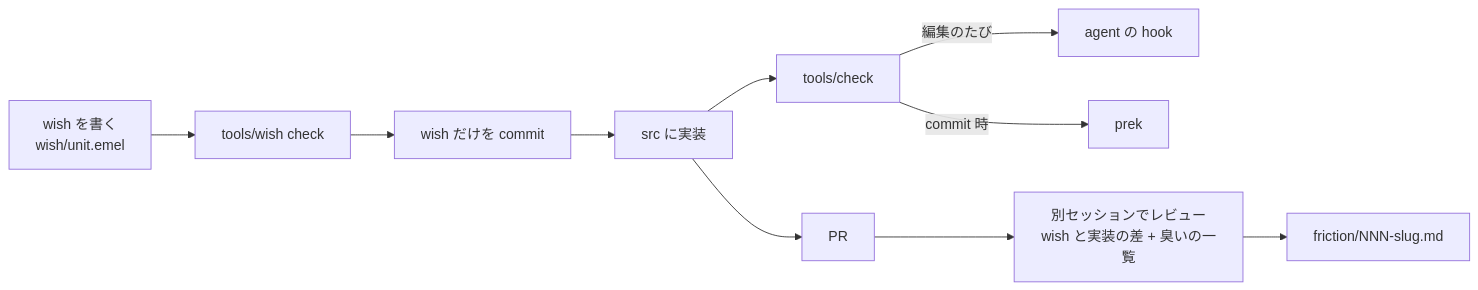
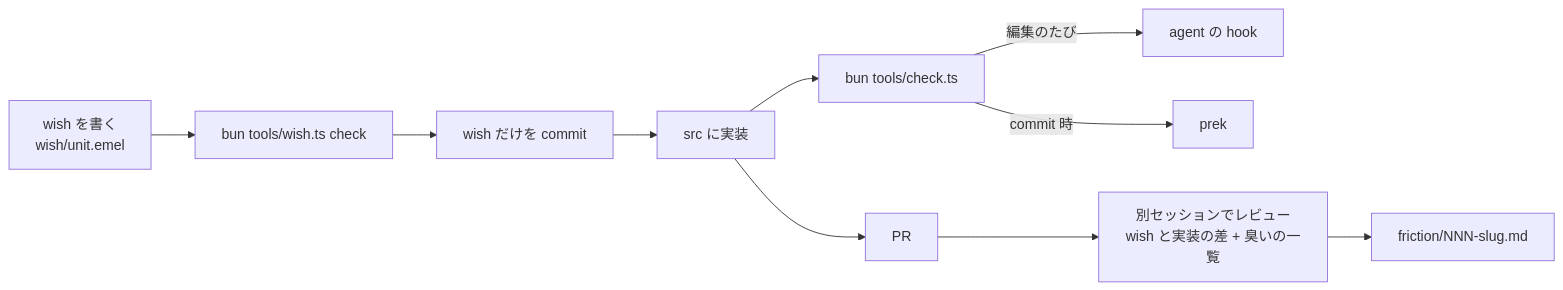
Before and after one commit to kisepichu/kbdcast: the fourth of 4 diagrams in docs/superpowers/specs/2026-11-23-kbdcast-design.md, drawn with Mermaid. The commit also changed other lines of this file and 1 other file, not shown here.

````diff
--- a/docs/superpowers/specs/2026-11-23-kbdcast-design.md
+++ b/docs/superpowers/specs/2026-11-23-kbdcast-design.md
@@ -310,9 +310,9 @@
 ```mermaid
 flowchart LR
-  w[wish を書く<br/>wish/unit.emel] --> wc[tools/wish check] --> c1[wish だけを commit]
-  c1 --> impl[src に実装] --> chk[tools/check]
+  w[wish を書く<br/>wish/unit.emel] --> wc[bun tools/wish.ts check] --> c1[wish だけを commit]
+  c1 --> impl[src に実装] --> chk[bun tools/check.ts]
   chk -->|編集のたび| hook[agent の hook]
   chk -->|commit 時| prek[prek]
   impl --> pr[PR] --> rev[別セッションでレビュー<br/>wish と実装の差 + 臭いの一覧]
   rev --> f[friction/NNN-slug.md]
 ```
````
